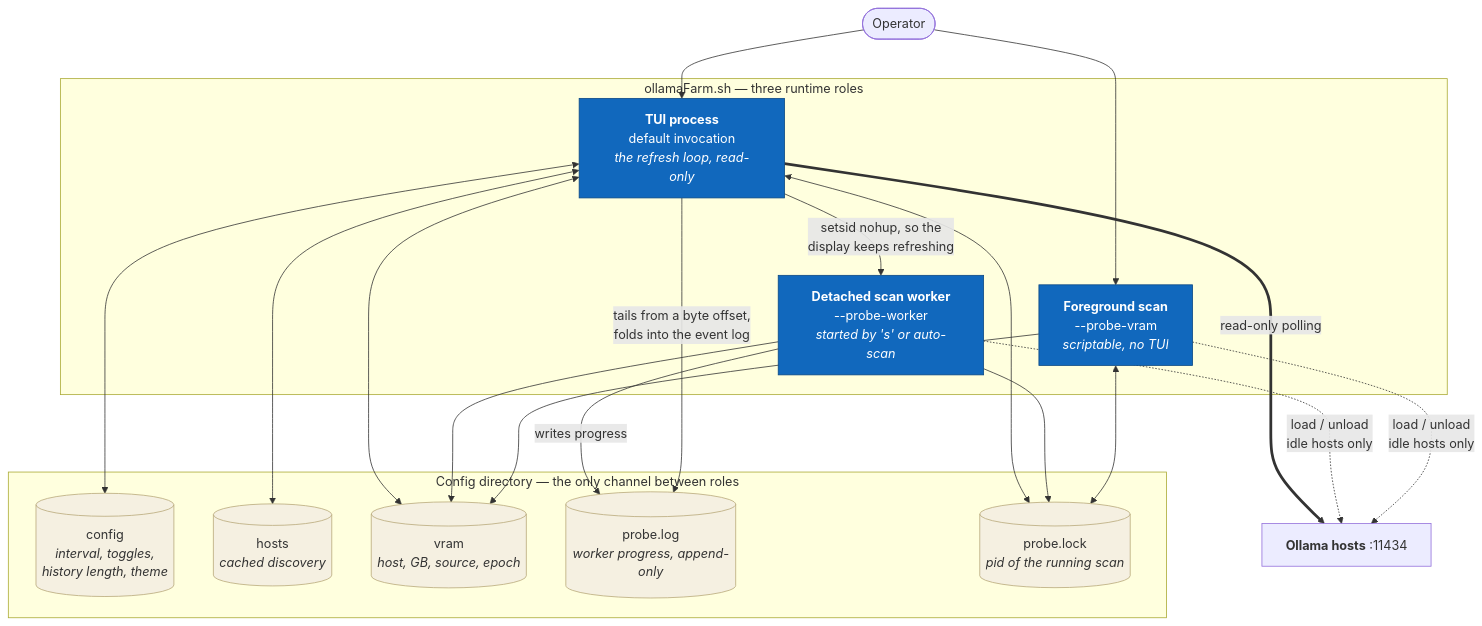
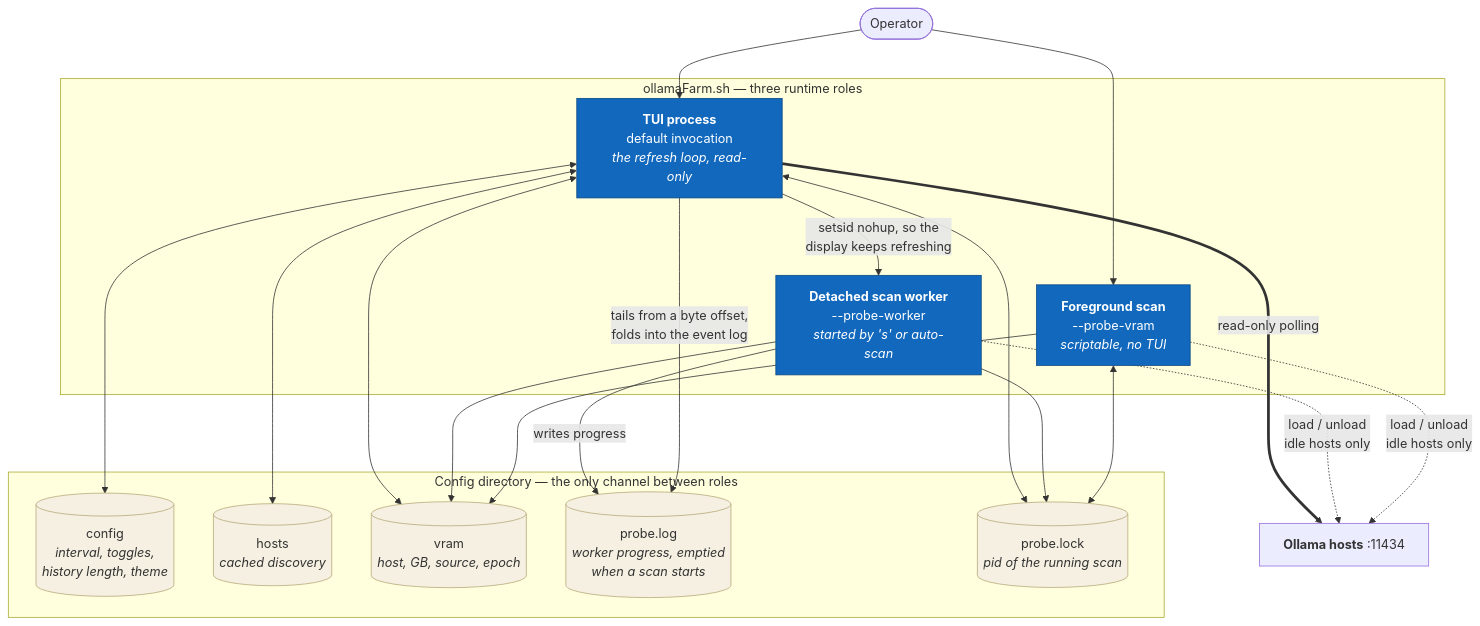
The second of 5 diagrams in docs/architecture.md (marcelpetrick/ollamaFarm), drawn with Mermaid before and after one commit. The commit also changed other lines of this file and 5 other files, not shown here.

````diff
--- a/docs/architecture.md
+++ b/docs/architecture.md
@@ -54,44 +54,44 @@
 ```mermaid
 flowchart TB
   op(["Operator"])
 
   subgraph proc ["ollamaFarm.sh — three runtime roles"]
     tui["<b>TUI process</b><br/>default invocation<br/><i>the refresh loop, read-only</i>"]
     worker["<b>Detached scan worker</b><br/>--probe-worker<br/><i>started by 's' or auto-scan</i>"]
     cli["<b>Foreground scan</b><br/>--probe-vram<br/><i>scriptable, no TUI</i>"]
   end
 
   subgraph files ["Config directory — the only channel between roles"]
     cfg[("config<br/><i>interval, toggles,<br/>history length, theme</i>")]
     hosts[("hosts<br/><i>cached discovery</i>")]
     vram[("vram<br/><i>host, GB, source, epoch</i>")]
-    plog[("probe.log<br/><i>worker progress, append-only</i>")]
+    plog[("probe.log<br/><i>worker progress, emptied<br/>when a scan starts</i>")]
     plock[("probe.lock<br/><i>pid of the running scan</i>")]
   end
 
   ollama["<b>Ollama hosts</b> :11434"]
 
   op --> tui
   op --> cli
   tui -->|"setsid nohup, so the<br/>display keeps refreshing"| worker
 
   tui <--> cfg
   tui <--> hosts
   tui <--> vram
   worker --> vram
   cli --> vram
   worker -->|writes progress| plog
   tui -->|"tails from a byte offset,<br/>folds into the event log"| plog
   tui <--> plock
   worker --> plock
   cli <--> plock
 
   tui ==>|read-only polling| ollama
   worker -.->|"load / unload<br/>idle hosts only"| ollama
   cli -.->|"load / unload<br/>idle hosts only"| ollama
 
   classDef roleStyle fill:#1168bd,stroke:#0b4884,color:#fff
   classDef fileStyle fill:#f5f0e1,stroke:#b8a97a,color:#333
   class tui,worker,cli roleStyle
   class cfg,hosts,vram,plog,plock fileStyle
 ```
````
